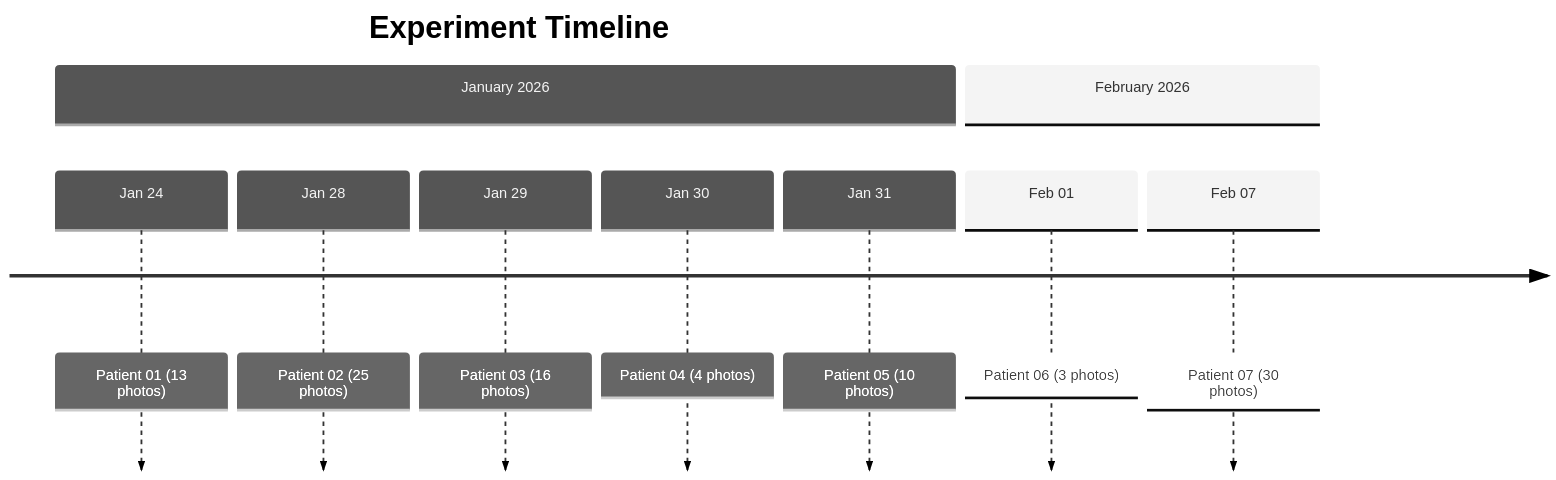
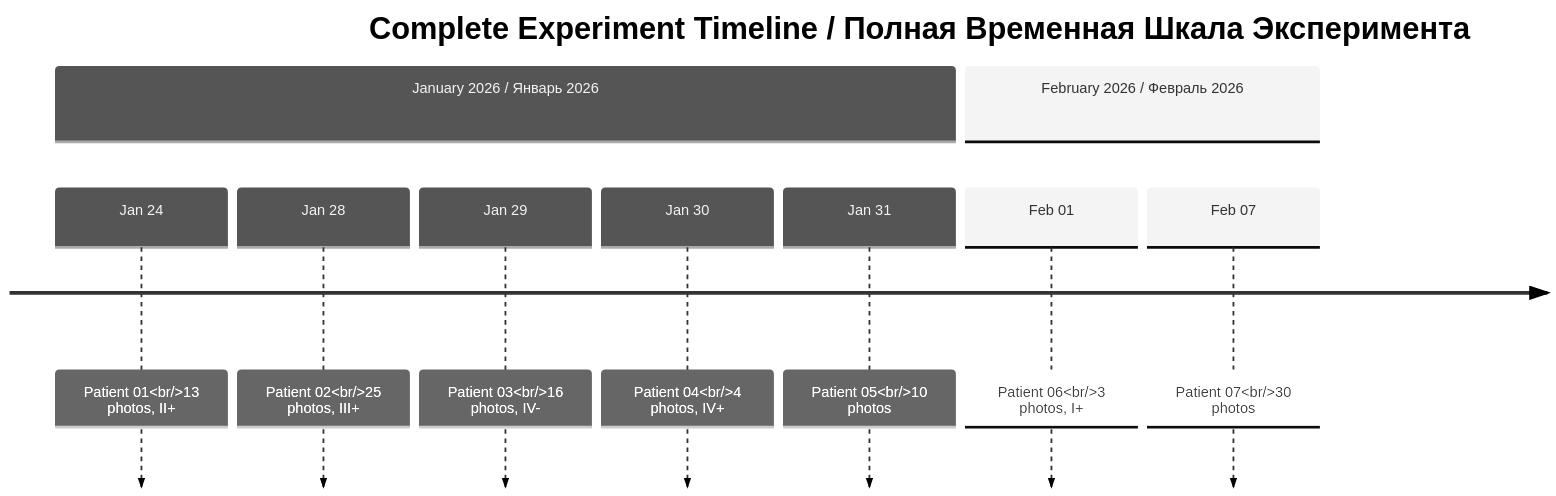
Before and after one commit to AdvancedScientificResearchProjects/Hyperbolic_Field_BloodPlasma_Study: the third of 5 diagrams in original_research/data/README.md, drawn with Mermaid (neutral theme). The commit also changed other lines of this file, not shown here.

First line of the commit message:
📊 Add bilingual Patient Data Hub README

````diff
--- a/original_research/data/README.md
+++ b/original_research/data/README.md
@@ -53,13 +77,13 @@
 ```mermaid
 timeline
-    title Experiment Timeline
-    section January 2026
-        Jan 24 : Patient 01 (13 photos)
-        Jan 28 : Patient 02 (25 photos)
-        Jan 29 : Patient 03 (16 photos)
-        Jan 30 : Patient 04 (4 photos)
-        Jan 31 : Patient 05 (10 photos)
-    section February 2026
-        Feb 01 : Patient 06 (3 photos)
-        Feb 07 : Patient 07 (30 photos)
+    title Complete Experiment Timeline / Полная Временная Шкала Эксперимента
+    section January 2026 / Январь 2026
+        Jan 24 : Patient 01<br/>13 photos, II+
+        Jan 28 : Patient 02<br/>25 photos, III+
+        Jan 29 : Patient 03<br/>16 photos, IV-
+        Jan 30 : Patient 04<br/>4 photos, IV+
+        Jan 31 : Patient 05<br/>10 photos
+    section February 2026 / Февраль 2026
+        Feb 01 : Patient 06<br/>3 photos, I+
+        Feb 07 : Patient 07<br/>30 photos
 ```
````
